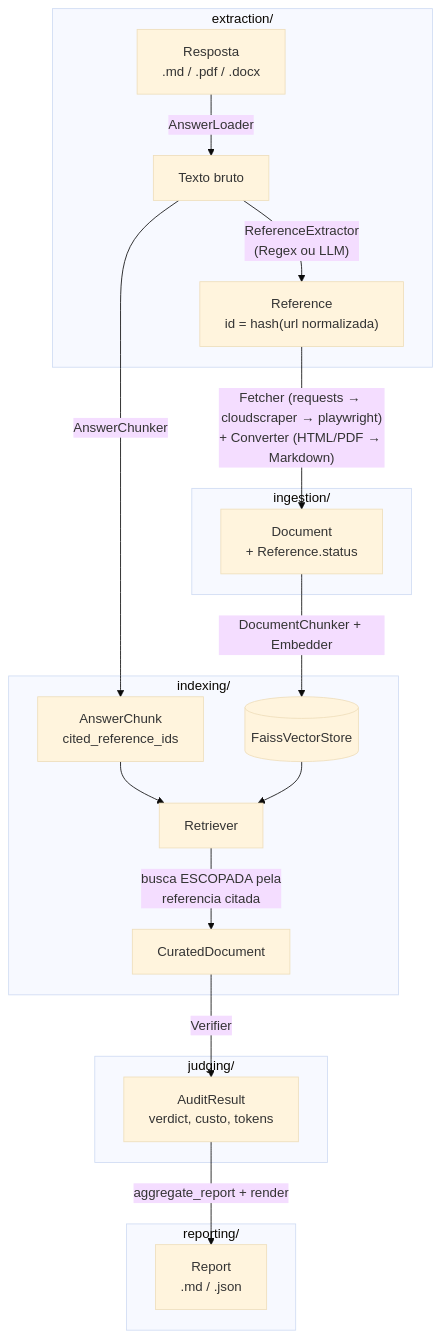
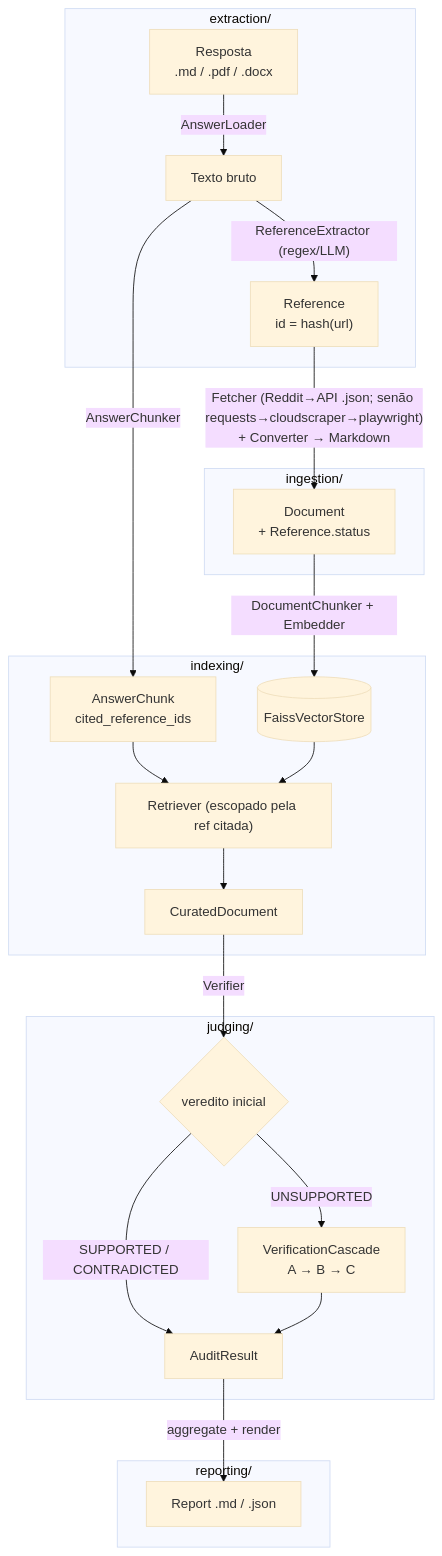
One commit to menezs/deep-research-auditor changed the diagram in README.md. Above: the diagram before and after it, drawn with Mermaid (base theme). The commit also changed other lines of this file and 31 other files, not shown here.

Commit message:
update: improvement to the final report and inclusion in the verification cascade

````diff
--- a/README.md
+++ b/README.md
@@ -16,29 +15,32 @@
 ```mermaid
 flowchart TD
     IN["Resposta<br/>.md / .pdf / .docx"]
 
     subgraph EXT["extraction/"]
         IN -->|AnswerLoader| TXT["Texto bruto"]
-        TXT -->|"ReferenceExtractor<br/>(Regex ou LLM)"| REF["Reference<br/>id = hash(url normalizada)"]
+        TXT -->|"ReferenceExtractor (regex/LLM)"| REF["Reference<br/>id = hash(url)"]
     end
 
     subgraph ING["ingestion/"]
-        REF -->|"Fetcher (requests → cloudscraper → playwright)<br/>+ Converter (HTML/PDF → Markdown)"| DOC["Document<br/>+ Reference.status"]
+        REF -->|"Fetcher (Reddit→API .json; senão requests→cloudscraper→playwright)<br/>+ Converter → Markdown"| DOC["Document<br/>+ Reference.status"]
     end
 
     subgraph IDX["indexing/"]
         TXT -->|AnswerChunker| CHK["AnswerChunk<br/>cited_reference_ids"]
         DOC -->|"DocumentChunker + Embedder"| VS[("FaissVectorStore")]
-        CHK --> RET["Retriever"]
+        CHK --> RET["Retriever (escopado pela ref citada)"]
         VS --> RET
-        RET -->|"busca ESCOPADA pela<br/>referencia citada"| CUR["CuratedDocument"]
+        RET --> CUR["CuratedDocument"]
     end
 
     subgraph JUD["judging/"]
-        CUR -->|Verifier| RES["AuditResult<br/>verdict, custo, tokens"]
+        CUR -->|Verifier| V0{"veredito inicial"}
+        V0 -->|"SUPPORTED / CONTRADICTED"| RES["AuditResult"]
+        V0 -->|UNSUPPORTED| CASC["VerificationCascade<br/>A → B → C"]
+        CASC --> RES
     end
 
     subgraph REP["reporting/"]
-        RES -->|"aggregate_report + render"| OUT["Report<br/>.md / .json"]
+        RES -->|"aggregate + render"| OUT["Report .md / .json"]
     end
 ```
````
